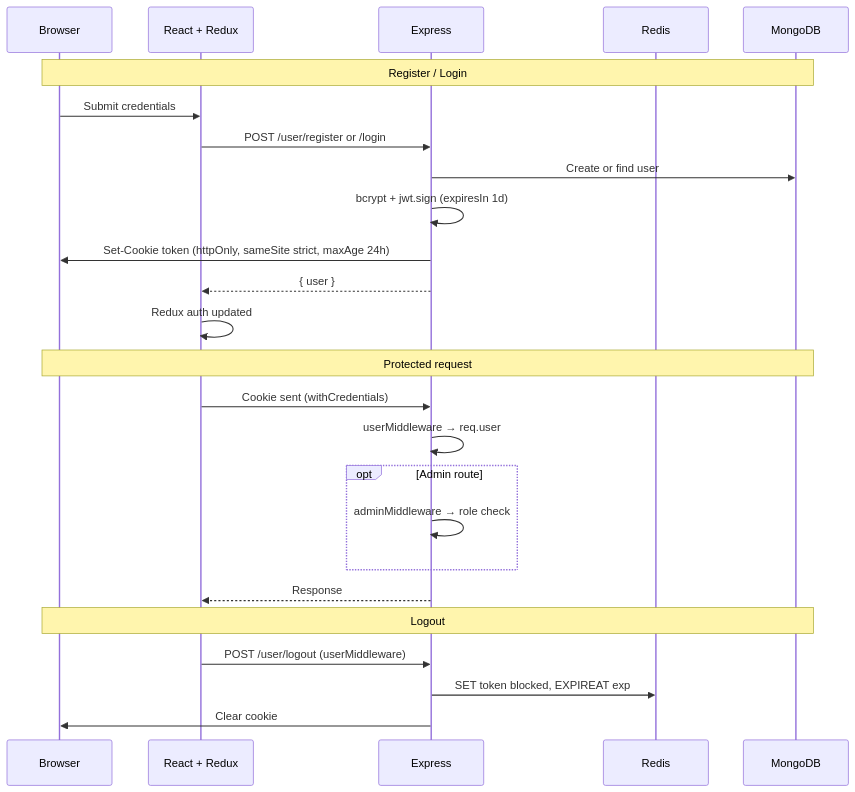
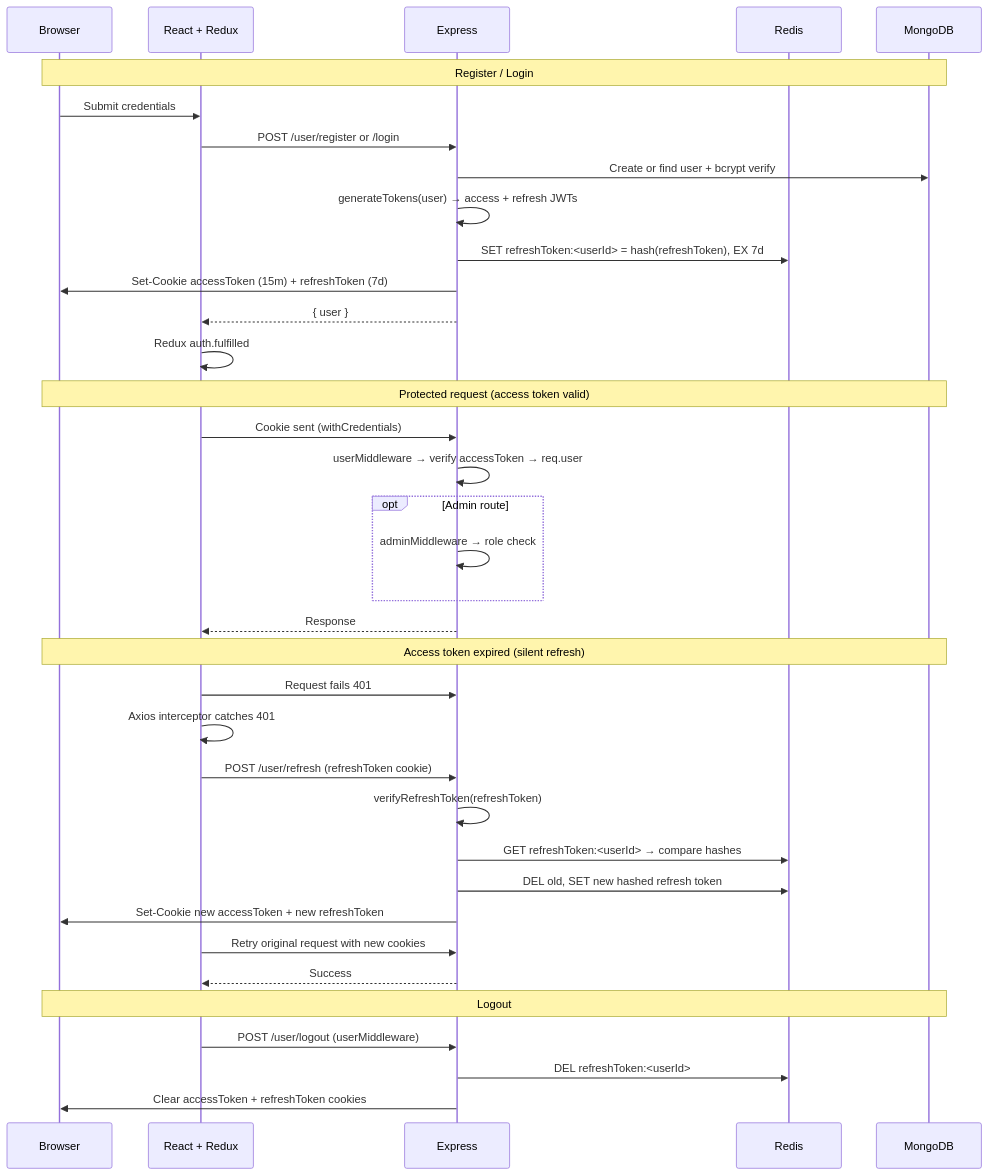
The first of 2 diagrams in docs/AUTH_FLOW.md (Lokeshkumar719/CodeArena), drawn with Mermaid before and after one commit. The commit also changed other lines of this file and 23 other files, not shown here.

````diff
--- a/docs/AUTH_FLOW.md
+++ b/docs/AUTH_FLOW.md
@@ -39,30 +67,42 @@
 ```mermaid
 sequenceDiagram
   participant Browser
   participant FE as React + Redux
   participant API as Express
   participant Redis
   participant DB as MongoDB
 
   Note over Browser,DB: Register / Login
   Browser->>FE: Submit credentials
   FE->>API: POST /user/register or /login
-  API->>DB: Create or find user
-  API->>API: bcrypt + jwt.sign (expiresIn 1d)
-  API->>Browser: Set-Cookie token (httpOnly, sameSite strict, maxAge 24h)
+  API->>DB: Create or find user + bcrypt verify
+  API->>API: generateTokens(user) → access + refresh JWTs
+  API->>Redis: SET refreshToken:<userId> = hash(refreshToken), EX 7d
+  API->>Browser: Set-Cookie accessToken (15m) + refreshToken (7d)
   API-->>FE: { user }
-  FE->>FE: Redux auth updated
+  FE->>FE: Redux auth.fulfilled
 
-  Note over Browser,DB: Protected request
+  Note over Browser,DB: Protected request (access token valid)
   FE->>API: Cookie sent (withCredentials)
-  API->>API: userMiddleware → req.user
+  API->>API: userMiddleware → verify accessToken → req.user
   opt Admin route
     API->>API: adminMiddleware → role check
   end
   API-->>FE: Response
 
+  Note over Browser,DB: Access token expired (silent refresh)
+  FE->>API: Request fails 401
+  FE->>FE: Axios interceptor catches 401
+  FE->>API: POST /user/refresh (refreshToken cookie)
+  API->>API: verifyRefreshToken(refreshToken)
+  API->>Redis: GET refreshToken:<userId> → compare hashes
+  API->>Redis: DEL old, SET new hashed refresh token
+  API->>Browser: Set-Cookie new accessToken + new refreshToken
+  FE->>API: Retry original request with new cookies
+  API-->>FE: Success
+
   Note over Browser,DB: Logout
   FE->>API: POST /user/logout (userMiddleware)
-  API->>Redis: SET token blocked, EXPIREAT exp
-  API->>Browser: Clear cookie
+  API->>Redis: DEL refreshToken:<userId>
+  API->>Browser: Clear accessToken + refreshToken cookies
 ```
````
